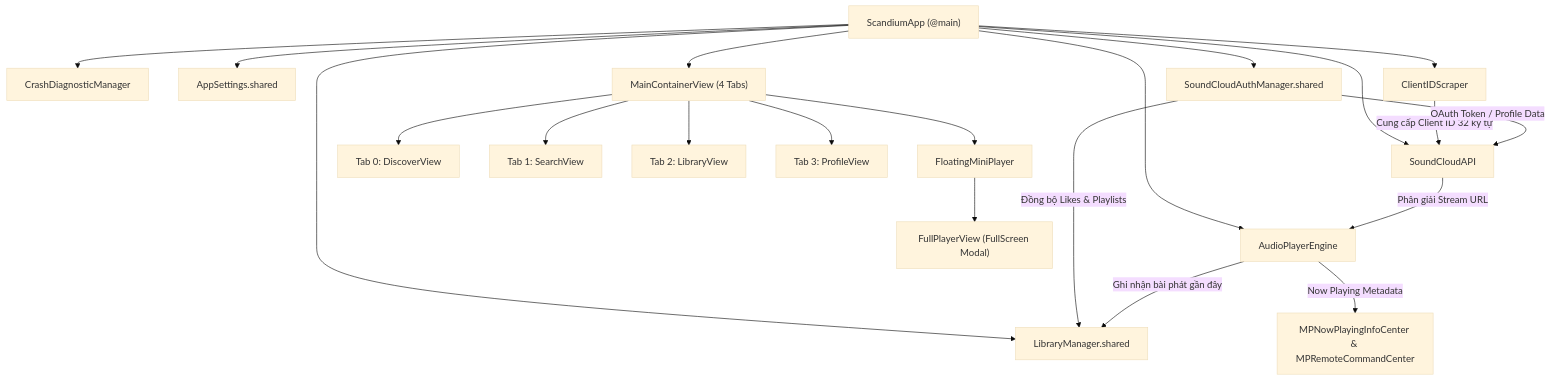
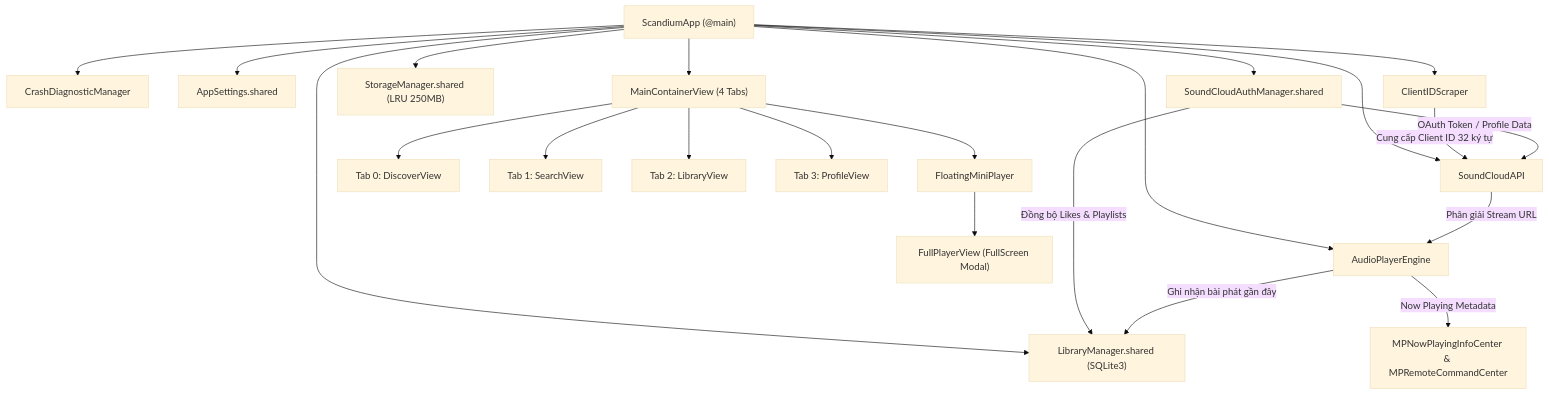
Before and after one commit to MeoHunterr/Scandium: the fourth of 6 diagrams in TECHNICAL_OVERVIEW.md, drawn with Mermaid (base theme). The commit also changed other lines of this file and 1 other file, not shown here.

Commit message:
docs: align TECHNICAL_OVERVIEW.md & README.md with v1.4.0 architecture

````diff
--- a/TECHNICAL_OVERVIEW.md
+++ b/TECHNICAL_OVERVIEW.md
@@ -189,25 +188,26 @@
 ```mermaid
 graph TD
     App["ScandiumApp (@main)"] --> CrashMgr["CrashDiagnosticManager"]
     App --> Settings["AppSettings.shared"]
     App --> Scraper["ClientIDScraper"]
     App --> API["SoundCloudAPI"]
     App --> Player["AudioPlayerEngine"]
-    App --> Lib["LibraryManager.shared"]
+    App --> Lib["LibraryManager.shared (SQLite3)"]
+    App --> Storage["StorageManager.shared (LRU 250MB)"]
     App --> Auth["SoundCloudAuthManager.shared"]
     
     Scraper -->|Cung cấp Client ID 32 ký tự| API
     API -->|Phân giải Stream URL| Player
     Auth -->|OAuth Token / Profile Data| API
     Auth -->|Đồng bộ Likes & Playlists| Lib
     Player -->|Ghi nhận bài phát gần đây| Lib
     Player -->|Now Playing Metadata| LockScreen["MPNowPlayingInfoCenter & MPRemoteCommandCenter"]
     
     App --> UI["MainContainerView (4 Tabs)"]
     UI --> DiscoverView["Tab 0: DiscoverView"]
     UI --> SearchView["Tab 1: SearchView"]
     UI --> LibraryView["Tab 2: LibraryView"]
     UI --> ProfileView["Tab 3: ProfileView"]
     UI --> MiniPlayer["FloatingMiniPlayer"]
     MiniPlayer --> FullPlayerView["FullPlayerView (FullScreen Modal)"]
 ```
````
